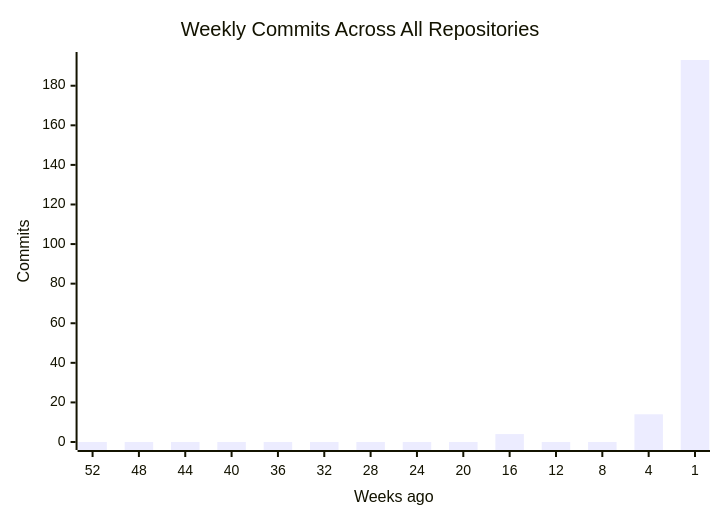
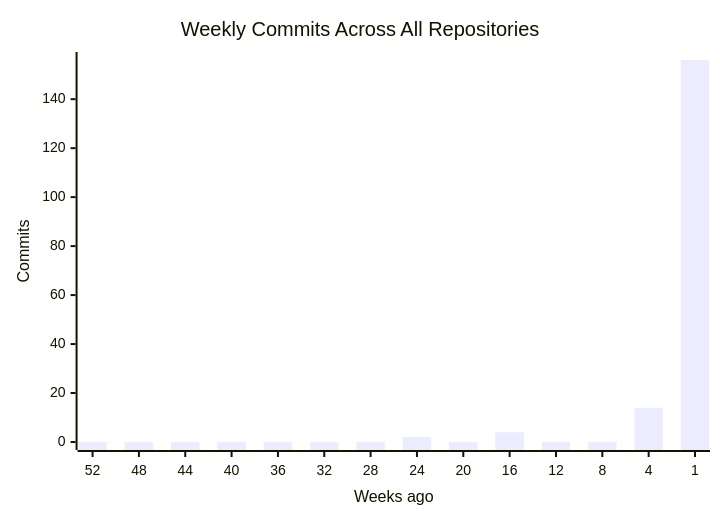
The first of 4 diagrams in profile/README.md (CSTH-Projects/.github), drawn with Mermaid before and after one commit. The commit also changed other lines of this file, not shown here.

````diff
--- a/profile/README.md
+++ b/profile/README.md
@@ -16,7 +16,7 @@
 ```mermaid
 xychart-beta
     title "Weekly Commits Across All Repositories"
     x-axis "Weeks ago" [52, 48, 44, 40, 36, 32, 28, 24, 20, 16, 12, 8, 4, 1]
     y-axis "Commits"
-    bar [0, 0, 0, 0, 0, 0, 0, 0, 0, 4, 0, 0, 14, 193]
+    bar [0, 0, 0, 0, 0, 0, 0, 2, 0, 4, 0, 0, 14, 156]
 ```
````
